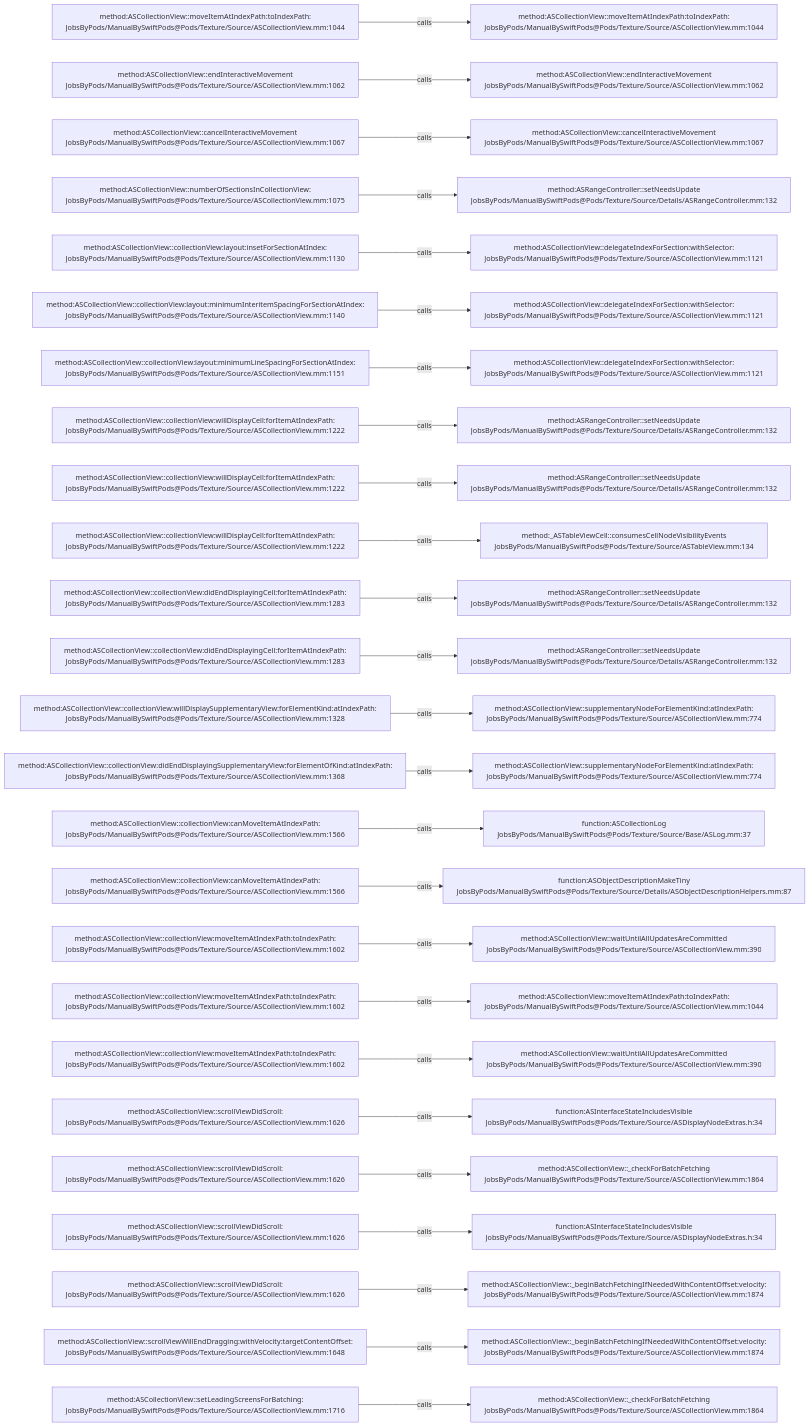
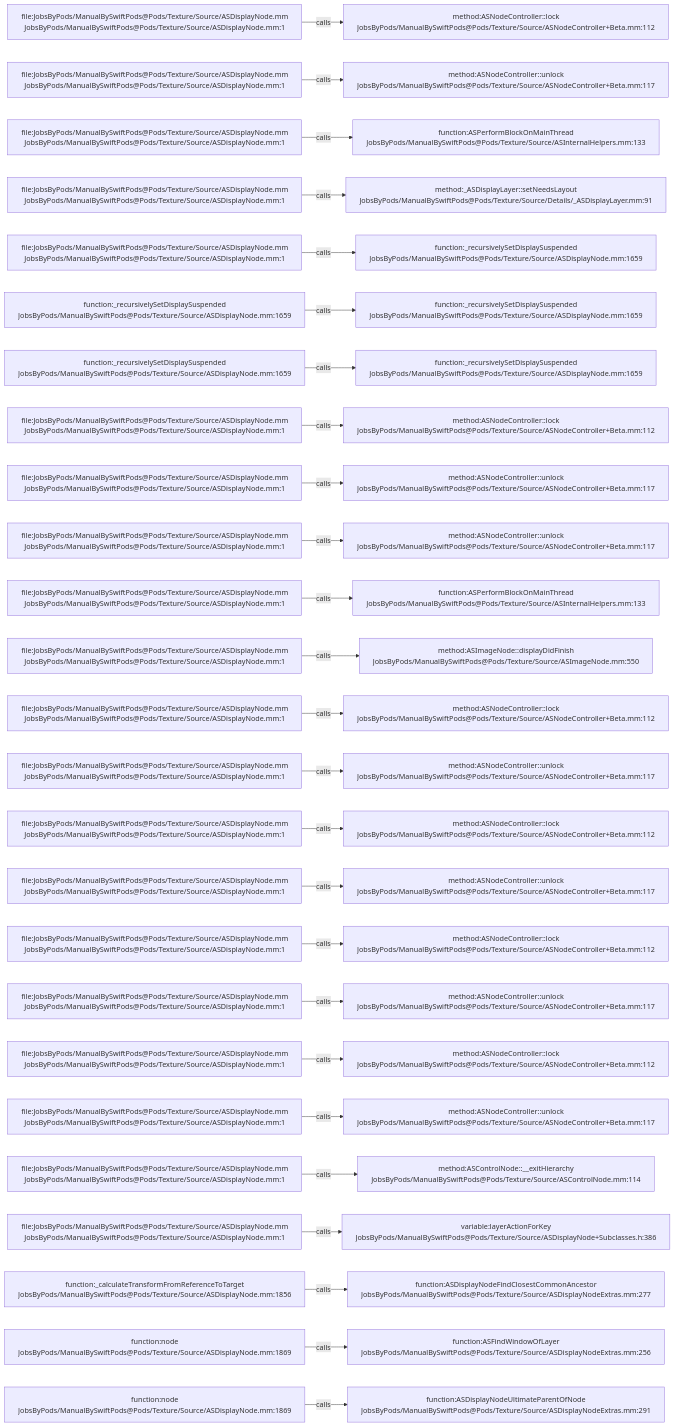
Before and after one commit to JobsKits/JobsSwiftBaseConfigDemo: the diagram in .codegraph/codegraph.md/graphs/calls-031.md, drawn with Mermaid. The commit also changed 832 other files, not shown here.

````diff
--- a/.codegraph/codegraph.md/graphs/calls-031.md
+++ b/.codegraph/codegraph.md/graphs/calls-031.md
@@ -13,78 +13,78 @@
 ```mermaid
 flowchart LR
-  S1["method:ASCollectionView::moveItemAtIndexPath:toIndexPath:<br/>JobsByPods/ManualBySwiftPods@Pods/Texture/Source/ASCollectionView.mm:1044"]
-  T1["method:ASCollectionView::moveItemAtIndexPath:toIndexPath:<br/>JobsByPods/ManualBySwiftPods@Pods/Texture/Source/ASCollectionView.mm:1044"]
+  S1["file:JobsByPods/ManualBySwiftPods@Pods/Texture/Source/ASDisplayNode.mm<br/>JobsByPods/ManualBySwiftPods@Pods/Texture/Source/ASDisplayNode.mm:1"]
+  T1["method:ASNodeController::lock<br/>JobsByPods/ManualBySwiftPods@Pods/Texture/Source/ASNodeController+Beta.mm:112"]
   S1 -->|calls| T1
-  S2["method:ASCollectionView::endInteractiveMovement<br/>JobsByPods/ManualBySwiftPods@Pods/Texture/Source/ASCollectionView.mm:1062"]
-  T2["method:ASCollectionView::endInteractiveMovement<br/>JobsByPods/ManualBySwiftPods@Pods/Texture/Source/ASCollectionView.mm:1062"]
+  S2["file:JobsByPods/ManualBySwiftPods@Pods/Texture/Source/ASDisplayNode.mm<br/>JobsByPods/ManualBySwiftPods@Pods/Texture/Source/ASDisplayNode.mm:1"]
+  T2["method:ASNodeController::unlock<br/>JobsByPods/ManualBySwiftPods@Pods/Texture/Source/ASNodeController+Beta.mm:117"]
   S2 -->|calls| T2
-  S3["method:ASCollectionView::cancelInteractiveMovement<br/>JobsByPods/ManualBySwiftPods@Pods/Texture/Source/ASCollectionView.mm:1067"]
-  T3["method:ASCollectionView::cancelInteractiveMovement<br/>JobsByPods/ManualBySwiftPods@Pods/Texture/Source/ASCollectionView.mm:1067"]
+  S3["file:JobsByPods/ManualBySwiftPods@Pods/Texture/Source/ASDisplayNode.mm<br/>JobsByPods/ManualBySwiftPods@Pods/Texture/Source/ASDisplayNode.mm:1"]
+  T3["function:ASPerformBlockOnMainThread<br/>JobsByPods/ManualBySwiftPods@Pods/Texture/Source/ASInternalHelpers.mm:133"]
   S3 -->|calls| T3
-  S4["method:ASCollectionView::numberOfSectionsInCollectionView:<br/>JobsByPods/ManualBySwiftPods@Pods/Texture/Source/ASCollectionView.mm:1075"]
-  T4["method:ASRangeController::setNeedsUpdate<br/>JobsByPods/ManualBySwiftPods@Pods/Texture/Source/Details/ASRangeController.mm:132"]
+  S4["file:JobsByPods/ManualBySwiftPods@Pods/Texture/Source/ASDisplayNode.mm<br/>JobsByPods/ManualBySwiftPods@Pods/Texture/Source/ASDisplayNode.mm:1"]
+  T4["method:_ASDisplayLayer::setNeedsLayout<br/>JobsByPods/ManualBySwiftPods@Pods/Texture/Source/Details/_ASDisplayLayer.mm:91"]
   S4 -->|calls| T4
-  S5["method:ASCollectionView::collectionView:layout:insetForSectionAtIndex:<br/>JobsByPods/ManualBySwiftPods@Pods/Texture/Source/ASCollectionView.mm:1130"]
-  T5["method:ASCollectionView::delegateIndexForSection:withSelector:<br/>JobsByPods/ManualBySwiftPods@Pods/Texture/Source/ASCollectionView.mm:1121"]
+  S5["file:JobsByPods/ManualBySwiftPods@Pods/Texture/Source/ASDisplayNode.mm<br/>JobsByPods/ManualBySwiftPods@Pods/Texture/Source/ASDisplayNode.mm:1"]
+  T5["function:_recursivelySetDisplaySuspended<br/>JobsByPods/ManualBySwiftPods@Pods/Texture/Source/ASDisplayNode.mm:1659"]
   S5 -->|calls| T5
-  S6["method:ASCollectionView::collectionView:layout:minimumInteritemSpacingForSectionAtIndex:<br/>JobsByPods/ManualBySwiftPods@Pods/Texture/Source/ASCollectionView.mm:1140"]
-  T6["method:ASCollectionView::delegateIndexForSection:withSelector:<br/>JobsByPods/ManualBySwiftPods@Pods/Texture/Source/ASCollectionView.mm:1121"]
+  S6["function:_recursivelySetDisplaySuspended<br/>JobsByPods/ManualBySwiftPods@Pods/Texture/Source/ASDisplayNode.mm:1659"]
+  T6["function:_recursivelySetDisplaySuspended<br/>JobsByPods/ManualBySwiftPods@Pods/Texture/Source/ASDisplayNode.mm:1659"]
   S6 -->|calls| T6
-  S7["method:ASCollectionView::collectionView:layout:minimumLineSpacingForSectionAtIndex:<br/>JobsByPods/ManualBySwiftPods@Pods/Texture/Source/ASCollectionView.mm:1151"]
-  T7["method:ASCollectionView::delegateIndexForSection:withSelector:<br/>JobsByPods/ManualBySwiftPods@Pods/Texture/Source/ASCollectionView.mm:1121"]
+  S7["function:_recursivelySetDisplaySuspended<br/>JobsByPods/ManualBySwiftPods@Pods/Texture/Source/ASDisplayNode.mm:1659"]
+  T7["function:_recursivelySetDisplaySuspended<br/>JobsByPods/ManualBySwiftPods@Pods/Texture/Source/ASDisplayNode.mm:1659"]
   S7 -->|calls| T7
-  S8["method:ASCollectionView::collectionView:willDisplayCell:forItemAtIndexPath:<br/>JobsByPods/ManualBySwiftPods@Pods/Texture/Source/ASCollectionView.mm:1222"]
-  T8["method:ASRangeController::setNeedsUpdate<br/>JobsByPods/ManualBySwiftPods@Pods/Texture/Source/Details/ASRangeController.mm:132"]
+  S8["file:JobsByPods/ManualBySwiftPods@Pods/Texture/Source/ASDisplayNode.mm<br/>JobsByPods/ManualBySwiftPods@Pods/Texture/Source/ASDisplayNode.mm:1"]
+  T8["method:ASNodeController::lock<br/>JobsByPods/ManualBySwiftPods@Pods/Texture/Source/ASNodeController+Beta.mm:112"]
   S8 -->|calls| T8
-  S9["method:ASCollectionView::collectionView:willDisplayCell:forItemAtIndexPath:<br/>JobsByPods/ManualBySwiftPods@Pods/Texture/Source/ASCollectionView.mm:1222"]
-  T9["method:ASRangeController::setNeedsUpdate<br/>JobsByPods/ManualBySwiftPods@Pods/Texture/Source/Details/ASRangeController.mm:132"]
+  S9["file:JobsByPods/ManualBySwiftPods@Pods/Texture/Source/ASDisplayNode.mm<br/>JobsByPods/ManualBySwiftPods@Pods/Texture/Source/ASDisplayNode.mm:1"]
+  T9["method:ASNodeController::unlock<br/>JobsByPods/ManualBySwiftPods@Pods/Texture/Source/ASNodeController+Beta.mm:117"]
   S9 -->|calls| T9
-  S10["method:ASCollectionView::collectionView:willDisplayCell:forItemAtIndexPath:<br/>JobsByPods/ManualBySwiftPods@Pods/Texture/Source/ASCollectionView.mm:1222"]
-  T10["method:_ASTableViewCell::consumesCellNodeVisibilityEvents<br/>JobsByPods/ManualBySwiftPods@Pods/Texture/Source/ASTableView.mm:134"]
+  S10["file:JobsByPods/ManualBySwiftPods@Pods/Texture/Source/ASDisplayNode.mm<br/>JobsByPods/ManualBySwiftPods@Pods/Texture/Source/ASDisplayNode.mm:1"]
+  T10["method:ASNodeController::unlock<br/>JobsByPods/ManualBySwiftPods@Pods/Texture/Source/ASNodeController+Beta.mm:117"]
   S10 -->|calls| T10
-  S11["method:ASCollectionView::collectionView:didEndDisplayingCell:forItemAtIndexPath:<br/>JobsByPods/ManualBySwiftPods@Pods/Texture/Source/ASCollectionView.mm:1283"]
-  T11["method:ASRangeController::setNeedsUpdate<br/>JobsByPods/ManualBySwiftPods@Pods/Texture/Source/Details/ASRangeController.mm:132"]
+  S11["file:JobsByPods/ManualBySwiftPods@Pods/Texture/Source/ASDisplayNode.mm<br/>JobsByPods/ManualBySwiftPods@Pods/Texture/Source/ASDisplayNode.mm:1"]
+  T11["function:ASPerformBlockOnMainThread<br/>JobsByPods/ManualBySwiftPods@Pods/Texture/Source/ASInternalHelpers.mm:133"]
   S11 -->|calls| T11
-  S12["method:ASCollectionView::collectionView:didEndDisplayingCell:forItemAtIndexPath:<br/>JobsByPods/ManualBySwiftPods@Pods/Texture/Source/ASCollectionView.mm:1283"]
-  T12["method:ASRangeController::setNeedsUpdate<br/>JobsByPods/ManualBySwiftPods@Pods/Texture/Source/Details/ASRangeController.mm:132"]
+  S12["file:JobsByPods/ManualBySwiftPods@Pods/Texture/Source/ASDisplayNode.mm<br/>JobsByPods/ManualBySwiftPods@Pods/Texture/Source/ASDisplayNode.mm:1"]
+  T12["method:ASImageNode::displayDidFinish<br/>JobsByPods/ManualBySwiftPods@Pods/Texture/Source/ASImageNode.mm:550"]
   S12 -->|calls| T12
-  S13["method:ASCollectionView::collectionView:willDisplaySupplementaryView:forElementKind:atIndexPath:<br/>JobsByPods/ManualBySwiftPods@Pods/Texture/Source/ASCollectionView.mm:1328"]
-  T13["method:ASCollectionView::supplementaryNodeForElementKind:atIndexPath:<br/>JobsByPods/ManualBySwiftPods@Pods/Texture/Source/ASCollectionView.mm:774"]
+  S13["file:JobsByPods/ManualBySwiftPods@Pods/Texture/Source/ASDisplayNode.mm<br/>JobsByPods/ManualBySwiftPods@Pods/Texture/Source/ASDisplayNode.mm:1"]
+  T13["method:ASNodeController::lock<br/>JobsByPods/ManualBySwiftPods@Pods/Texture/Source/ASNodeController+Beta.mm:112"]
   S13 -->|calls| T13
-  S14["method:ASCollectionView::collectionView:didEndDisplayingSupplementaryView:forElementOfKind:atIndexPath:<br/>JobsByPods/ManualBySwiftPods@Pods/Texture/Source/ASCollectionView.mm:1368"]
-  T14["method:ASCollectionView::supplementaryNodeForElementKind:atIndexPath:<br/>JobsByPods/ManualBySwiftPods@Pods/Texture/Source/ASCollectionView.mm:774"]
+  S14["file:JobsByPods/ManualBySwiftPods@Pods/Texture/Source/ASDisplayNode.mm<br/>JobsByPods/ManualBySwiftPods@Pods/Texture/Source/ASDisplayNode.mm:1"]
+  T14["method:ASNodeController::unlock<br/>JobsByPods/ManualBySwiftPods@Pods/Texture/Source/ASNodeController+Beta.mm:117"]
   S14 -->|calls| T14
-  S15["method:ASCollectionView::collectionView:canMoveItemAtIndexPath:<br/>JobsByPods/ManualBySwiftPods@Pods/Texture/Source/ASCollectionView.mm:1566"]
-  T15["function:ASCollectionLog<br/>JobsByPods/ManualBySwiftPods@Pods/Texture/Source/Base/ASLog.mm:37"]
+  S15["file:JobsByPods/ManualBySwiftPods@Pods/Texture/Source/ASDisplayNode.mm<br/>JobsByPods/ManualBySwiftPods@Pods/Texture/Source/ASDisplayNode.mm:1"]
+  T15["method:ASNodeController::lock<br/>JobsByPods/ManualBySwiftPods@Pods/Texture/Source/ASNodeController+Beta.mm:112"]
   S15 -->|calls| T15
-  S16["method:ASCollectionView::collectionView:canMoveItemAtIndexPath:<br/>JobsByPods/ManualBySwiftPods@Pods/Texture/Source/ASCollectionView.mm:1566"]
-  T16["function:ASObjectDescriptionMakeTiny<br/>JobsByPods/ManualBySwiftPods@Pods/Texture/Source/Details/ASObjectDescriptionHelpers.mm:87"]
+  S16["file:JobsByPods/ManualBySwiftPods@Pods/Texture/Source/ASDisplayNode.mm<br/>JobsByPods/ManualBySwiftPods@Pods/Texture/Source/ASDisplayNode.mm:1"]
+  T16["method:ASNodeController::unlock<br/>JobsByPods/ManualBySwiftPods@Pods/Texture/Source/ASNodeController+Beta.mm:117"]
   S16 -->|calls| T16
-  S17["method:ASCollectionView::collectionView:moveItemAtIndexPath:toIndexPath:<br/>JobsByPods/ManualBySwiftPods@Pods/Texture/Source/ASCollectionView.mm:1602"]
-  T17["method:ASCollectionView::waitUntilAllUpdatesAreCommitted<br/>JobsByPods/ManualBySwiftPods@Pods/Texture/Source/ASCollectionView.mm:390"]
+  S17["file:JobsByPods/ManualBySwiftPods@Pods/Texture/Source/ASDisplayNode.mm<br/>JobsByPods/ManualBySwiftPods@Pods/Texture/Source/ASDisplayNode.mm:1"]
+  T17["method:ASNodeController::lock<br/>JobsByPods/ManualBySwiftPods@Pods/Texture/Source/ASNodeController+Beta.mm:112"]
   S17 -->|calls| T17
-  S18["method:ASCollectionView::collectionView:moveItemAtIndexPath:toIndexPath:<br/>JobsByPods/ManualBySwiftPods@Pods/Texture/Source/ASCollectionView.mm:1602"]
-  T18["method:ASCollectionView::moveItemAtIndexPath:toIndexPath:<br/>JobsByPods/ManualBySwiftPods@Pods/Texture/Source/ASCollectionView.mm:1044"]
+  S18["file:JobsByPods/ManualBySwiftPods@Pods/Texture/Source/ASDisplayNode.mm<br/>JobsByPods/ManualBySwiftPods@Pods/Texture/Source/ASDisplayNode.mm:1"]
+  T18["method:ASNodeController::unlock<br/>JobsByPods/ManualBySwiftPods@Pods/Texture/Source/ASNodeController+Beta.mm:117"]
   S18 -->|calls| T18
-  S19["method:ASCollectionView::collectionView:moveItemAtIndexPath:toIndexPath:<br/>JobsByPods/ManualBySwiftPods@Pods/Texture/Source/ASCollectionView.mm:1602"]
-  T19["method:ASCollectionView::waitUntilAllUpdatesAreCommitted<br/>JobsByPods/ManualBySwiftPods@Pods/Texture/Source/ASCollectionView.mm:390"]
+  S19["file:JobsByPods/ManualBySwiftPods@Pods/Texture/Source/ASDisplayNode.mm<br/>JobsByPods/ManualBySwiftPods@Pods/Texture/Source/ASDisplayNode.mm:1"]
+  T19["method:ASNodeController::lock<br/>JobsByPods/ManualBySwiftPods@Pods/Texture/Source/ASNodeController+Beta.mm:112"]
   S19 -->|calls| T19
-  S20["method:ASCollectionView::scrollViewDidScroll:<br/>JobsByPods/ManualBySwiftPods@Pods/Texture/Source/ASCollectionView.mm:1626"]
-  T20["function:ASInterfaceStateIncludesVisible<br/>JobsByPods/ManualBySwiftPods@Pods/Texture/Source/ASDisplayNodeExtras.h:34"]
+  S20["file:JobsByPods/ManualBySwiftPods@Pods/Texture/Source/ASDisplayNode.mm<br/>JobsByPods/ManualBySwiftPods@Pods/Texture/Source/ASDisplayNode.mm:1"]
+  T20["method:ASNodeController::unlock<br/>JobsByPods/ManualBySwiftPods@Pods/Texture/Source/ASNodeController+Beta.mm:117"]
   S20 -->|calls| T20
-  S21["method:ASCollectionView::scrollViewDidScroll:<br/>JobsByPods/ManualBySwiftPods@Pods/Texture/Source/ASCollectionView.mm:1626"]
-  T21["method:ASCollectionView::_checkForBatchFetching<br/>JobsByPods/ManualBySwiftPods@Pods/Texture/Source/ASCollectionView.mm:1864"]
+  S21["file:JobsByPods/ManualBySwiftPods@Pods/Texture/Source/ASDisplayNode.mm<br/>JobsByPods/ManualBySwiftPods@Pods/Texture/Source/ASDisplayNode.mm:1"]
+  T21["method:ASControlNode::__exitHierarchy<br/>JobsByPods/ManualBySwiftPods@Pods/Texture/Source/ASControlNode.mm:114"]
   S21 -->|calls| T21
-  S22["method:ASCollectionView::scrollViewDidScroll:<br/>JobsByPods/ManualBySwiftPods@Pods/Texture/Source/ASCollectionView.mm:1626"]
-  T22["function:ASInterfaceStateIncludesVisible<br/>JobsByPods/ManualBySwiftPods@Pods/Texture/Source/ASDisplayNodeExtras.h:34"]
+  S22["file:JobsByPods/ManualBySwiftPods@Pods/Texture/Source/ASDisplayNode.mm<br/>JobsByPods/ManualBySwiftPods@Pods/Texture/Source/ASDisplayNode.mm:1"]
+  T22["variable:layerActionForKey<br/>JobsByPods/ManualBySwiftPods@Pods/Texture/Source/ASDisplayNode+Subclasses.h:386"]
   S22 -->|calls| T22
-  S23["method:ASCollectionView::scrollViewDidScroll:<br/>JobsByPods/ManualBySwiftPods@Pods/Texture/Source/ASCollectionView.mm:1626"]
-  T23["method:ASCollectionView::_beginBatchFetchingIfNeededWithContentOffset:velocity:<br/>JobsByPods/ManualBySwiftPods@Pods/Texture/Source/ASCollectionView.mm:1874"]
+  S23["function:_calculateTransformFromReferenceToTarget<br/>JobsByPods/ManualBySwiftPods@Pods/Texture/Source/ASDisplayNode.mm:1856"]
+  T23["function:ASDisplayNodeFindClosestCommonAncestor<br/>JobsByPods/ManualBySwiftPods@Pods/Texture/Source/ASDisplayNodeExtras.mm:277"]
   S23 -->|calls| T23
-  S24["method:ASCollectionView::scrollViewWillEndDragging:withVelocity:targetContentOffset:<br/>JobsByPods/ManualBySwiftPods@Pods/Texture/Source/ASCollectionView.mm:1648"]
-  T24["method:ASCollectionView::_beginBatchFetchingIfNeededWithContentOffset:velocity:<br/>JobsByPods/ManualBySwiftPods@Pods/Texture/Source/ASCollectionView.mm:1874"]
+  S24["function:node<br/>JobsByPods/ManualBySwiftPods@Pods/Texture/Source/ASDisplayNode.mm:1869"]
+  T24["function:ASFindWindowOfLayer<br/>JobsByPods/ManualBySwiftPods@Pods/Texture/Source/ASDisplayNodeExtras.mm:256"]
   S24 -->|calls| T24
-  S25["method:ASCollectionView::setLeadingScreensForBatching:<br/>JobsByPods/ManualBySwiftPods@Pods/Texture/Source/ASCollectionView.mm:1716"]
-  T25["method:ASCollectionView::_checkForBatchFetching<br/>JobsByPods/ManualBySwiftPods@Pods/Texture/Source/ASCollectionView.mm:1864"]
+  S25["function:node<br/>JobsByPods/ManualBySwiftPods@Pods/Texture/Source/ASDisplayNode.mm:1869"]
+  T25["function:ASDisplayNodeUltimateParentOfNode<br/>JobsByPods/ManualBySwiftPods@Pods/Texture/Source/ASDisplayNodeExtras.mm:291"]
   S25 -->|calls| T25
 ```
````
